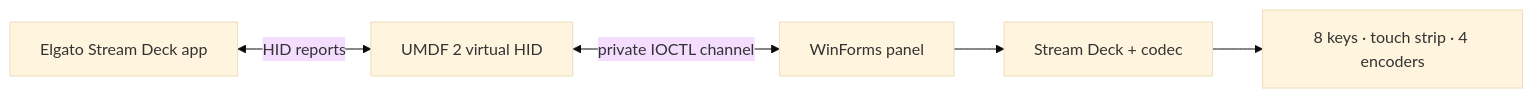
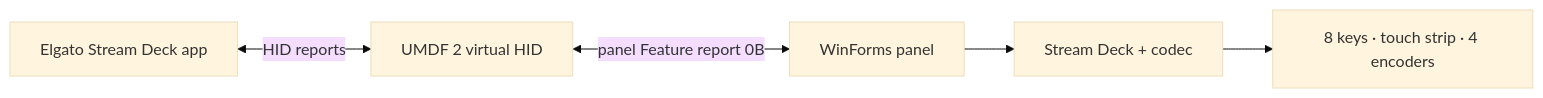
Before and after one commit to Nekit678/MirageDeck: the diagram in README.en.md, drawn with Mermaid (base theme). The commit also changed other lines of this file and 11 other files, not shown here.

````diff
--- a/README.en.md
+++ b/README.en.md
@@ -79,7 +79,7 @@
 ```mermaid
 flowchart LR
     APP[Elgato Stream Deck app] <-->|HID reports| DRV[UMDF 2 virtual HID]
-    DRV <-->|private IOCTL channel| PANEL[WinForms panel]
+    DRV <-->|panel Feature report 0B| PANEL[WinForms panel]
     PANEL --> CORE[Stream Deck + codec]
     CORE --> UI[8 keys · touch strip · 4 encoders]
 ```
````
